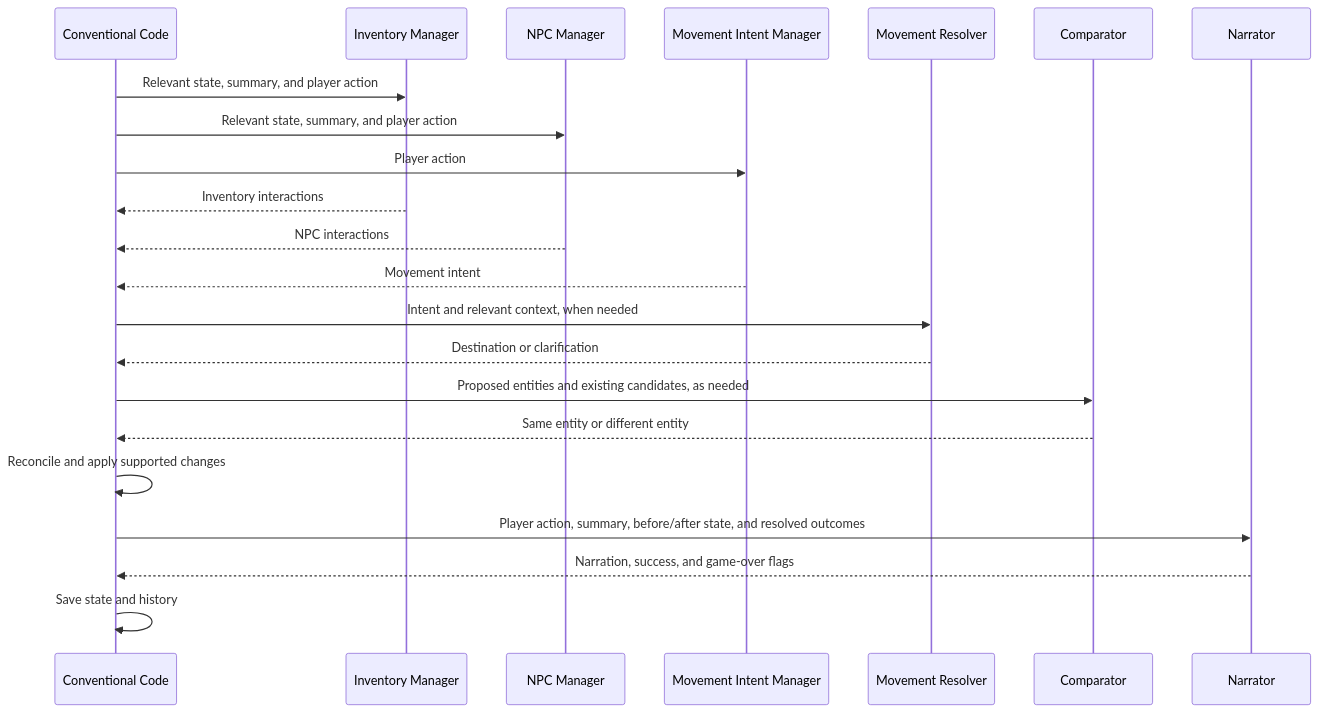
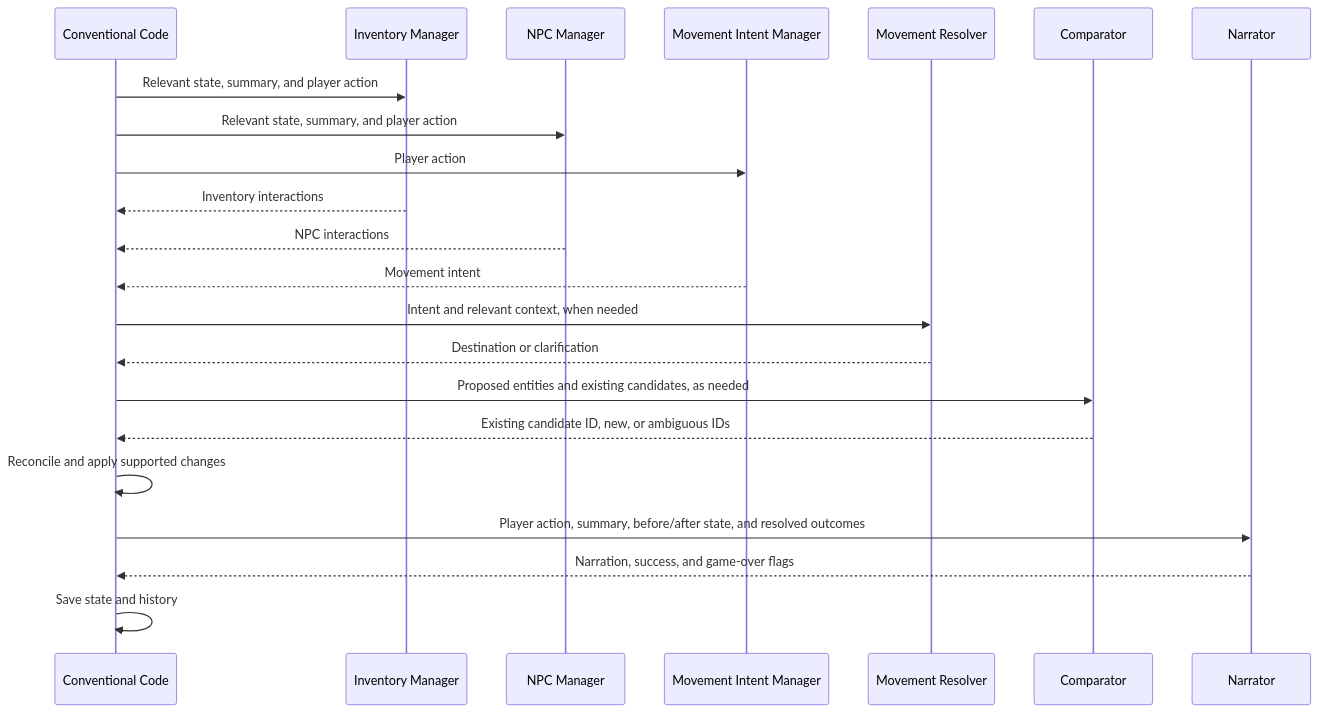
Before and after one commit to danielbeck/aidungeoncrawl: the diagram in docs/IMPLEMENTATION.md, drawn with Mermaid. The commit also changed other lines of this file and 10 other files, not shown here.

````diff
--- a/docs/IMPLEMENTATION.md
+++ b/docs/IMPLEMENTATION.md
@@ -212,21 +227,21 @@
 ```mermaid
 sequenceDiagram
     Conventional Code->>Inventory Manager: Relevant state, summary, and player action
     Conventional Code->>NPC Manager: Relevant state, summary, and player action
     Conventional Code->>Movement Intent Manager: Player action
 
     Inventory Manager-->>Conventional Code: Inventory interactions
     NPC Manager-->>Conventional Code: NPC interactions
     Movement Intent Manager-->>Conventional Code: Movement intent
 
     Conventional Code->>Movement Resolver: Intent and relevant context, when needed
     Movement Resolver-->>Conventional Code: Destination or clarification
 
     Conventional Code->>Comparator: Proposed entities and existing candidates, as needed
-    Comparator-->>Conventional Code: Same entity or different entity
+    Comparator-->>Conventional Code: Existing candidate ID, new, or ambiguous IDs
     Conventional Code->>Conventional Code: Reconcile and apply supported changes
 
     Conventional Code->>Narrator: Player action, summary, before/after state, and resolved outcomes
     Narrator-->>Conventional Code: Narration, success, and game-over flags
     Conventional Code->>Conventional Code: Save state and history
 ```
````
